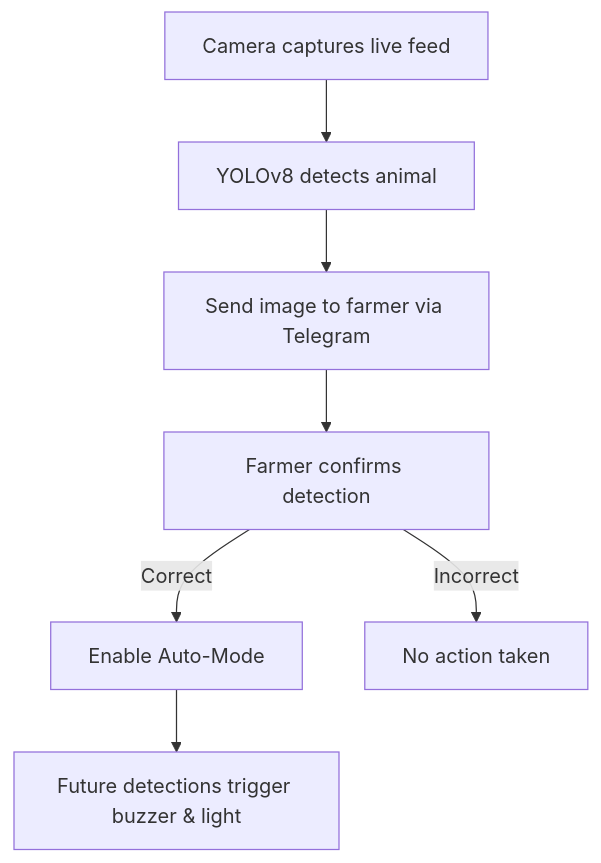
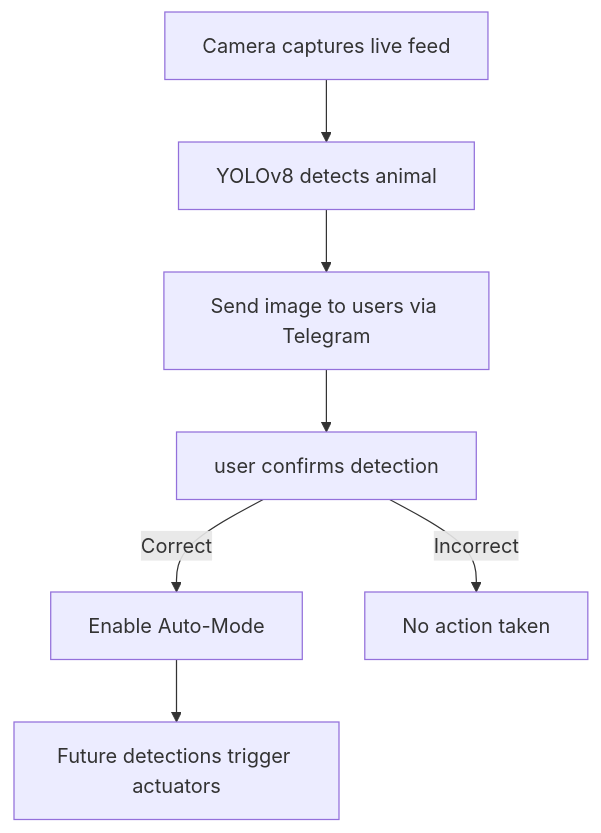
The diagram in README.md (NiloofarAbed/WildDetect-AIoT), drawn with Mermaid before and after one commit.

````diff
--- a/README.md
+++ b/README.md
@@ -74,9 +74,9 @@
 ```mermaid
 graph TD
     A[Camera captures live feed] --> B[YOLOv8 detects animal]
-    B --> C[Send image to farmer via Telegram]
-    C --> D[Farmer confirms detection]
+    B --> C[Send image to users via Telegram]
+    C --> D[user confirms detection]
     D -->|Correct| E[Enable Auto-Mode]
-    E --> F[Future detections trigger buzzer & light]
+    E --> F[Future detections trigger actuators]
     D -->|Incorrect| G[No action taken]
 ```
````
